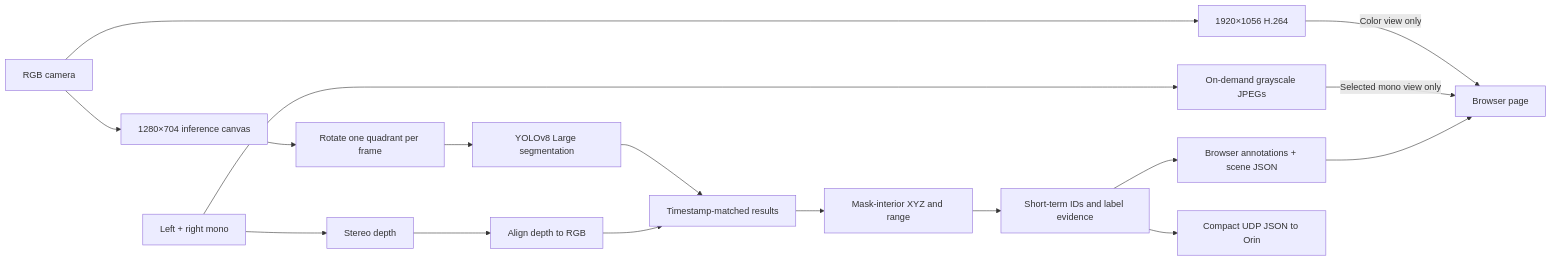
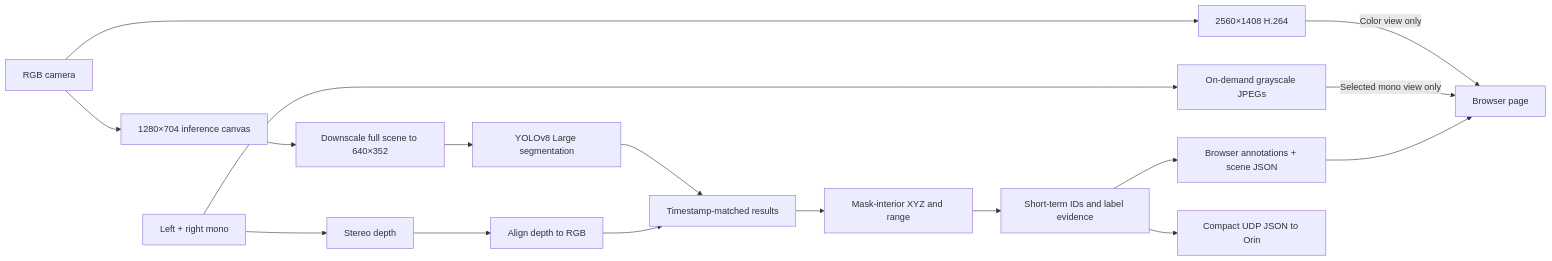
Before and after one commit to kenner1-unlv/Oak-4-CV-playground: the diagram in docs/architecture.md, drawn with Mermaid. The commit also changed other lines of this file and 16 other files, not shown here.

````diff
--- a/docs/architecture.md
+++ b/docs/architecture.md
@@ -7,19 +7,19 @@
 ```mermaid
 flowchart LR
-  RGB[RGB camera] --> Video[1920×1056 H.264]
+  RGB[RGB camera] --> Video[2560×1408 H.264]
   RGB --> Canvas[1280×704 inference canvas]
-  Canvas --> Tile[Rotate one quadrant per frame]
-  Tile --> NN[YOLOv8 Large segmentation]
+  Canvas --> Resize[Downscale full scene to 640×352]
+  Resize --> NN[YOLOv8 Large segmentation]
   Mono[Left + right mono] --> Stereo[Stereo depth]
   Mono --> Jpeg[On-demand grayscale JPEGs]
   Stereo --> Align[Align depth to RGB]
   NN --> Join[Timestamp-matched results]
   Align --> Join
   Join --> Spatial[Mask-interior XYZ and range]
   Spatial --> Tracks[Short-term IDs and label evidence]
   Tracks --> Overlay[Browser annotations + scene JSON]
   Tracks --> UDP[Compact UDP JSON to Orin]
   Video -->|Color view only| Viewer[Browser page]
   Jpeg -->|Selected mono view only| Viewer
   Overlay --> Viewer
 ```
````
